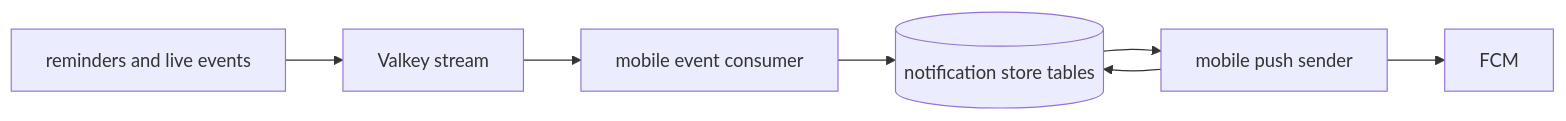
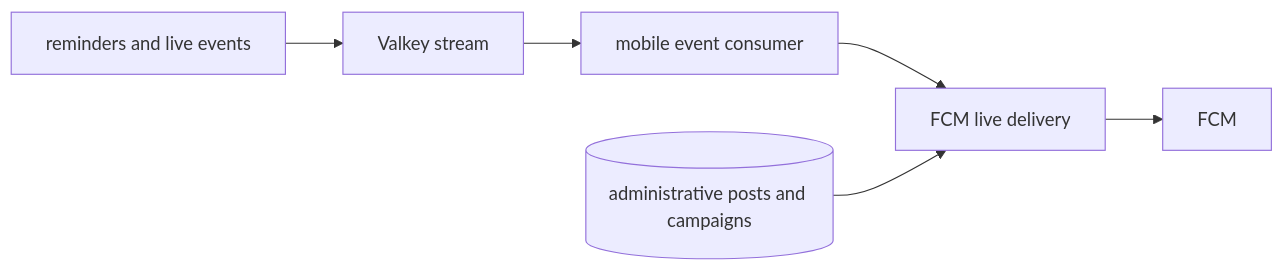
The diagram in docs/notifications.md (ClashKingInc/ClashKingTracking), drawn with Mermaid before and after one commit. The commit also changed other lines of this file and 24 other files, not shown here.

````diff
--- a/docs/notifications.md
+++ b/docs/notifications.md
@@ -65,9 +65,8 @@
 ```mermaid
 flowchart LR
   R[reminders and live events] --> E[Valkey stream]
   E --> C[mobile event consumer]
-  C --> S[(notification store tables)]
-  S --> P[mobile push sender]
+  C --> P[FCM live delivery]
+  A[(administrative posts and campaigns)] --> P
   P --> F[FCM]
-  P --> S
 ```
````
